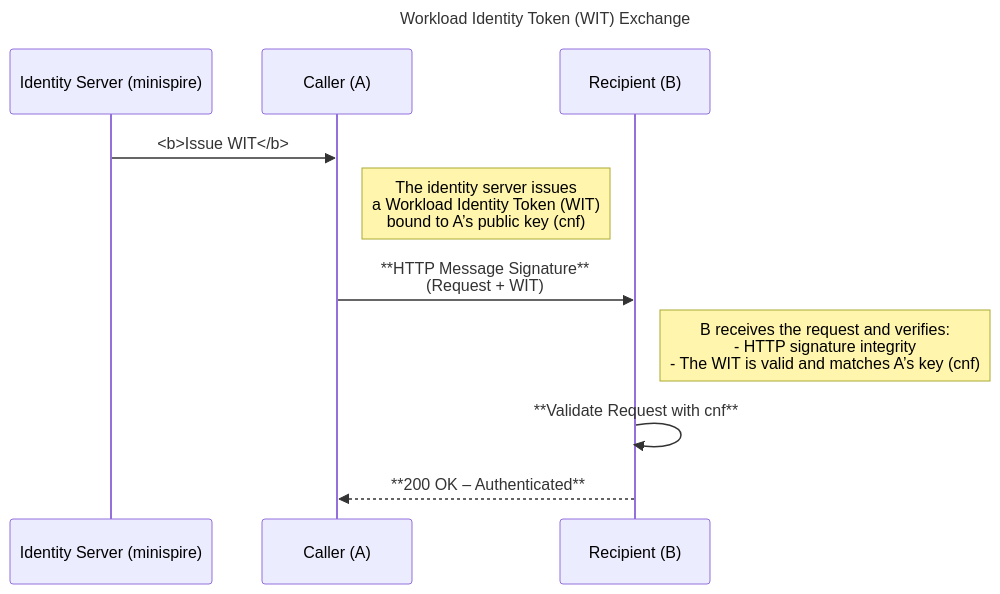
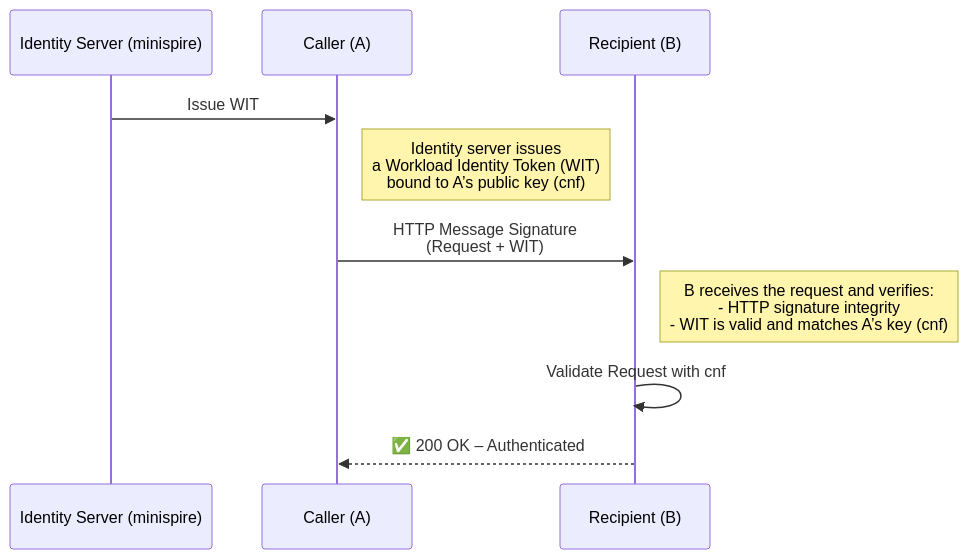
The diagram in README.md (cofide/wimse-s2s-httpsig-poc), drawn with Mermaid before and after one commit.

Commit message:
Fix formatting

````diff
--- a/README.md
+++ b/README.md
@@ -38,20 +38,16 @@
 ```mermaid
 sequenceDiagram
-    title Workload Identity Token (WIT) Exchange
-
     participant ID as Identity Server (minispire)
     participant A as Caller (A)
     participant B as Recipient (B)
 
-    %% === Issue WIT ===
-    ID ->> A: <b>Issue WIT</b>
-    Note right of A: The identity server issues<br/>a Workload Identity Token (WIT)<br/>bound to A’s public key (cnf)
+    ID ->> A: Issue WIT
+    Note right of A: Identity server issues<br/>a Workload Identity Token (WIT)<br/>bound to A’s public key (cnf)
 
     %% === Authenticated Request ===
-    A ->> B: **HTTP Message Signature**<br/>(Request + WIT)
-    Note right of B: B receives the request and verifies:<br/>- HTTP signature integrity<br/>- The WIT is valid and matches A’s key (cnf)
+    A ->> B: HTTP Message Signature<br/>(Request + WIT)
+    Note right of B: B receives the request and verifies:<br/>- HTTP signature integrity<br/>- WIT is valid and matches A’s key (cnf)
 
-    %% === Verification ===
-    B ->> B: **Validate Request with cnf**
-    B -->> A: **200 OK – Authenticated**
+    B ->> B: Validate Request with cnf
+    B -->> A: ✅ 200 OK – Authenticated
 ```
````
